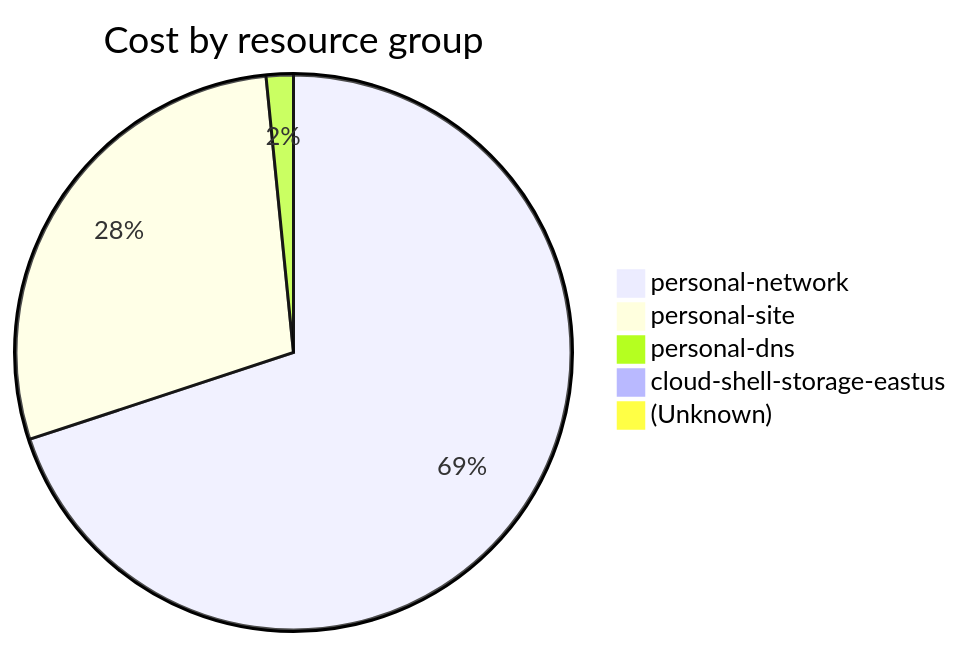
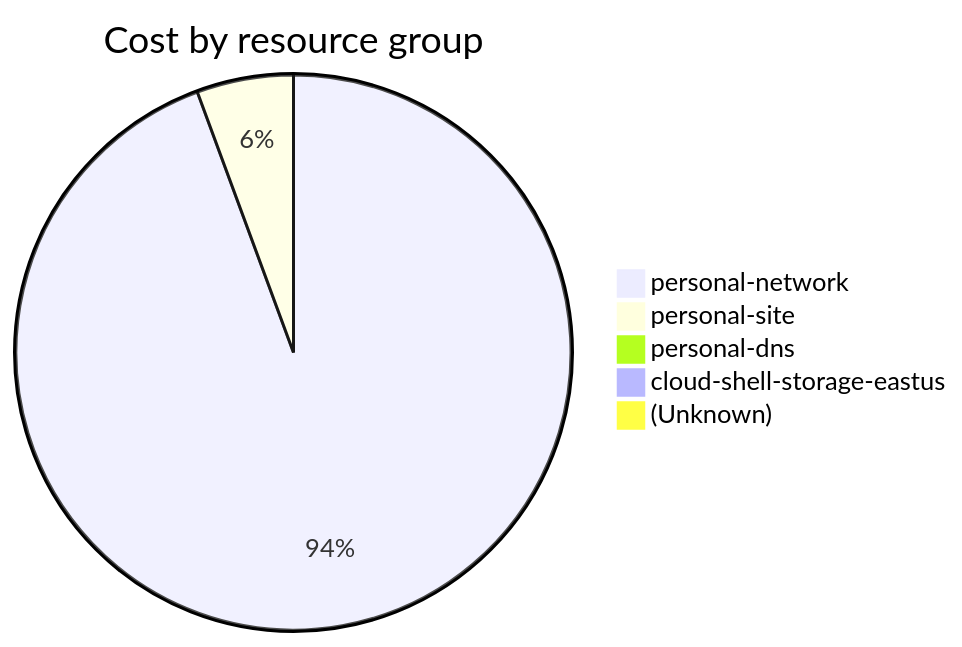
Before and after one commit to jpfulton/azure-personal-reports: the fourth of 4 diagrams in cost-reports/accumulated-cost.md, drawn with Mermaid. The commit also changed other lines of this file and 4 other files, not shown here.

````diff
--- a/cost-reports/accumulated-cost.md
+++ b/cost-reports/accumulated-cost.md
@@ -155,9 +155,9 @@
 ```mermaid
 pie
    title Cost by resource group
-   "personal-network" : 15.94
-   "personal-site" : 6.49
+   "personal-network" : 109.19
+   "personal-site" : 6.51
    "personal-dns" : 0.36
    "cloud-shell-storage-eastus" : 0.11
    "(Unknown)" : 0.10
 ```
````
